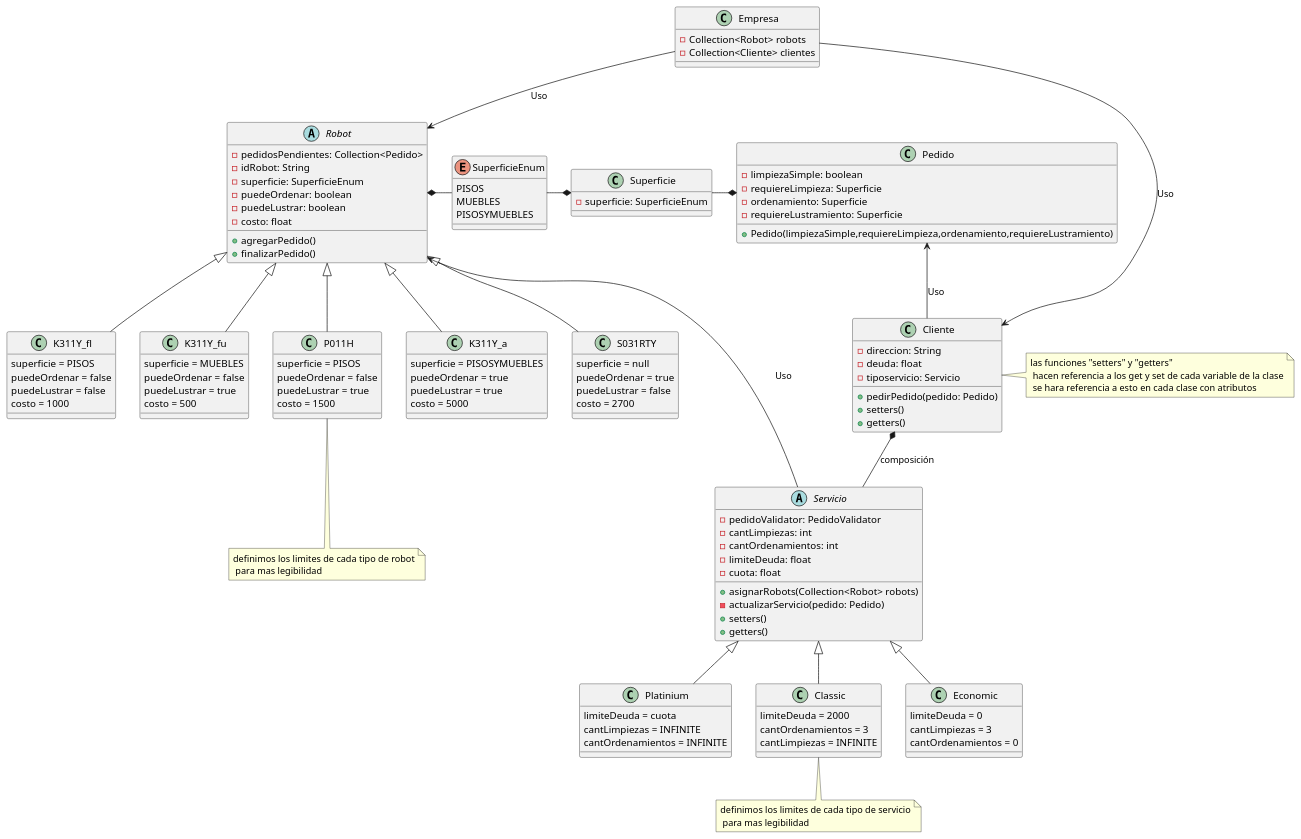
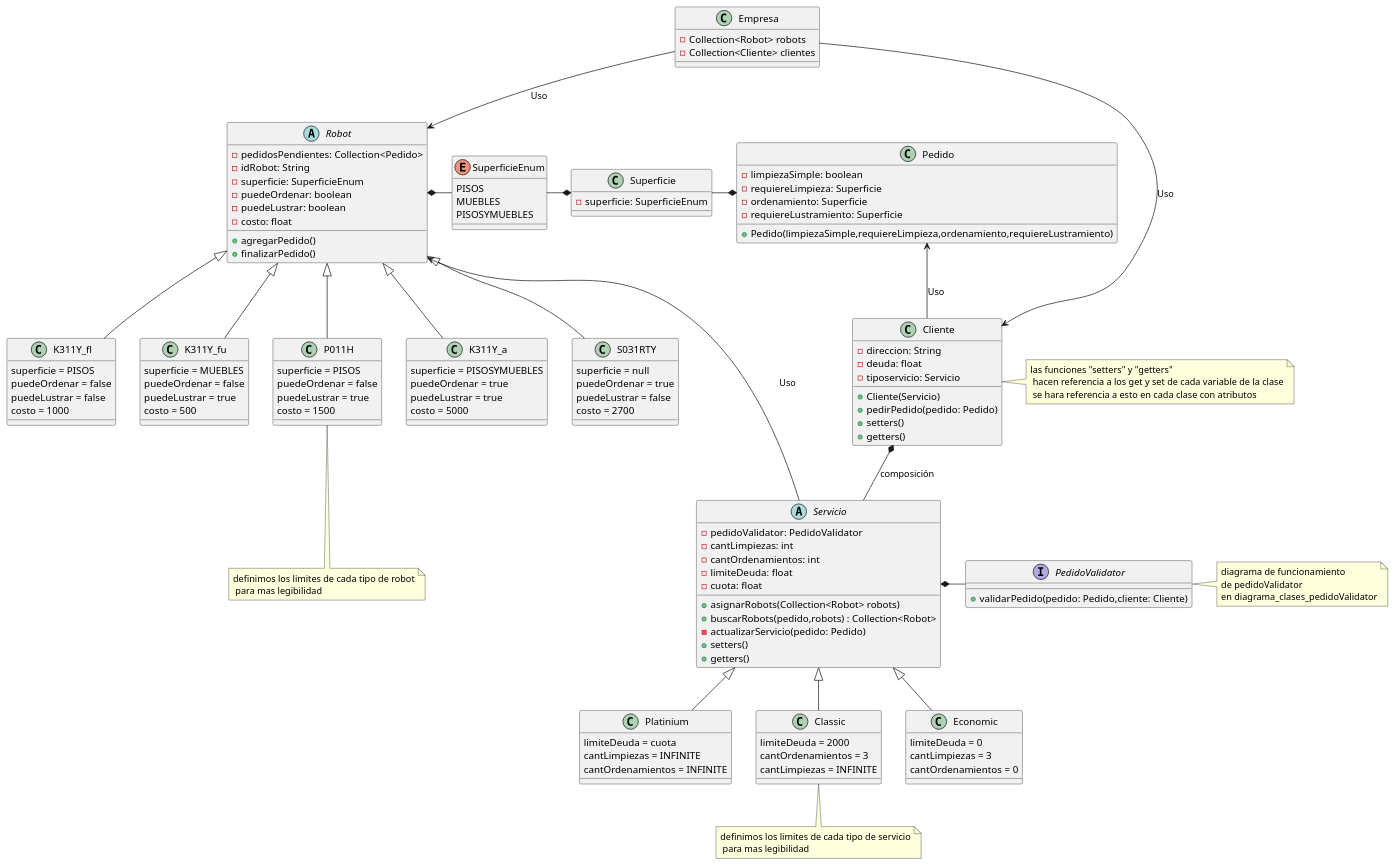
Before and after one commit to bacarvalho/TrabajoPractico: the diagram in src/main/java/com/grupo4/trabajo/Diagramas/diagrama_clases.puml, drawn with PlantUML. The commit also changed 1 other file, not shown here.

Commit message:
cambios en el diagrama de clases

```diff
--- a/src/main/java/com/grupo4/trabajo/Diagramas/diagrama_clases.puml
+++ b/src/main/java/com/grupo4/trabajo/Diagramas/diagrama_clases.puml
@@ -1,144 +1,154 @@
 @startuml
 'https://plantuml.com/class-diagram
 
 
 class Cliente{
 -direccion: String
 -deuda: float
 -tiposervicio: Servicio
 
++Cliente(Servicio)
 +pedirPedido(pedido: Pedido)
 +setters()
 +getters()
 }
 
 class Empresa{
 -Collection<Robot> robots
 -Collection<Cliente> clientes
 }
 
 
 abstract class Servicio{
 - pedidoValidator: PedidoValidator
 - cantLimpiezas: int
 - cantOrdenamientos: int
 - limiteDeuda: float
  -cuota: float
 
 +asignarRobots(Collection<Robot> robots)
++buscarRobots(pedido,robots) : Collection<Robot>
 -actualizarServicio(pedido: Pedido)
 +setters()
 +getters()
 }
 
 abstract class Robot{
 - pedidosPendientes: Collection<Pedido>
 - idRobot: String
 - superficie: SuperficieEnum
 - puedeOrdenar: boolean
 - puedeLustrar: boolean
 - costo: float
 
 +agregarPedido()
 +finalizarPedido()
 }
 
 class K311Y_fl{
  superficie = PISOS
  puedeOrdenar = false
  puedeLustrar = false
  costo = 1000
 }
 class K311Y_fu{
 superficie = MUEBLES
  puedeOrdenar = false
  puedeLustrar = true
  costo = 500
 }
 class P011H{
 superficie = PISOS
  puedeOrdenar = false
  puedeLustrar = true
  costo = 1500
 }
 class K311Y_a{
  superficie = PISOSYMUEBLES
  puedeOrdenar = true
  puedeLustrar = true
  costo = 5000
 }
 class S031RTY{
 superficie = null
  puedeOrdenar = true
  puedeLustrar = false
  costo = 2700
 }
 
 class Platinium{
 limiteDeuda = cuota
 cantLimpiezas = INFINITE
 cantOrdenamientos = INFINITE
 }
 class Classic{
 limiteDeuda = 2000
 cantOrdenamientos = 3
 cantLimpiezas = INFINITE
 }
 
 class Economic{
 limiteDeuda = 0
 cantLimpiezas = 3
 cantOrdenamientos = 0
 }
 
 
 
 
 class Pedido{
 - limpiezaSimple: boolean
 - requiereLimpieza: Superficie
 - ordenamiento: Superficie
 - requiereLustramiento: Superficie
 
 +Pedido(limpiezaSimple,requiereLimpieza,ordenamiento,requiereLustramiento)
 }
 
 enum SuperficieEnum{
 PISOS
 MUEBLES
 PISOSYMUEBLES
 }
 
 class Superficie{
 - superficie: SuperficieEnum
 }
 
 Robot <|-- K311Y_fl
 Robot <|-- K311Y_fu
 Robot <|-- P011H
 Robot <|-- K311Y_a
 Robot <|-- S031RTY
 
 Servicio <|-- Platinium
 Servicio <|-- Classic
 Servicio <|-- Economic
 
+interface PedidoValidator{
++validarPedido(pedido: Pedido,cliente: Cliente)
+}
+
 Robot <-- Servicio : Uso
-
+PedidoValidator -left-* Servicio
 Pedido <--  Cliente : Uso
 
 Cliente <-up- Empresa  : Uso
 
 Robot <-up-  Empresa : Uso
 
 Cliente *--  Servicio : composición
 
 Superficie *-left- SuperficieEnum
 Robot *-right- SuperficieEnum
 Pedido *-left- Superficie
 
 note bottom of Classic : definimos los limites de cada tipo de servicio\n para mas legibilidad
 note bottom of P011H : definimos los limites de cada tipo de robot\n para mas legibilidad
 note right of Cliente : las funciones "setters" y "getters" \n hacen referencia a los get y set de cada variable de la clase\n se hara referencia a esto en cada clase con atributos
-
+note right of PedidoValidator
+diagrama de funcionamiento
+de pedidoValidator
+en diagrama_clases_pedidoValidator
+end note
 @enduml
```
